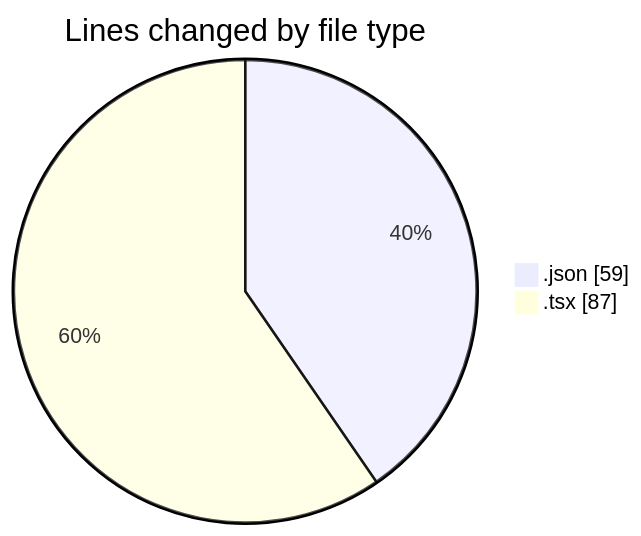
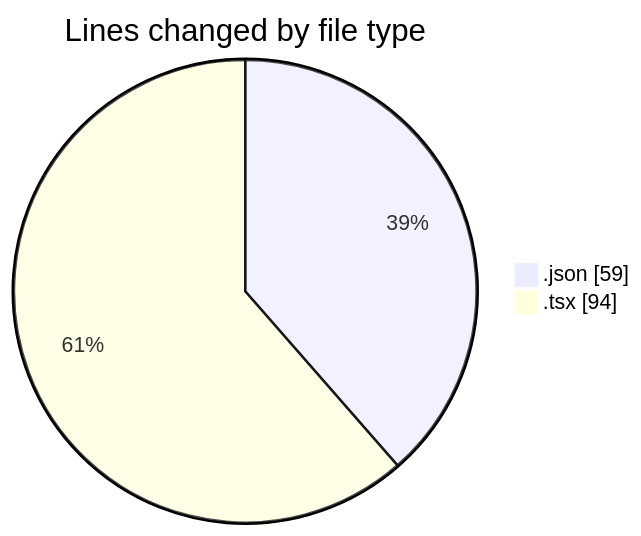
The first of 2 diagrams in 2025-11-19/cda/README.md (momahboobian/code-tracking), drawn with Mermaid before and after one commit. The commit also changed other lines of this file and 1 other file, not shown here.

````diff
--- a/2025-11-19/cda/README.md
+++ b/2025-11-19/cda/README.md
@@ -21,6 +21,6 @@
 ```mermaid
 pie showData
 title Lines changed by file type
 ".json" : 59
-".tsx" : 87
+".tsx" : 94
 ```
````
